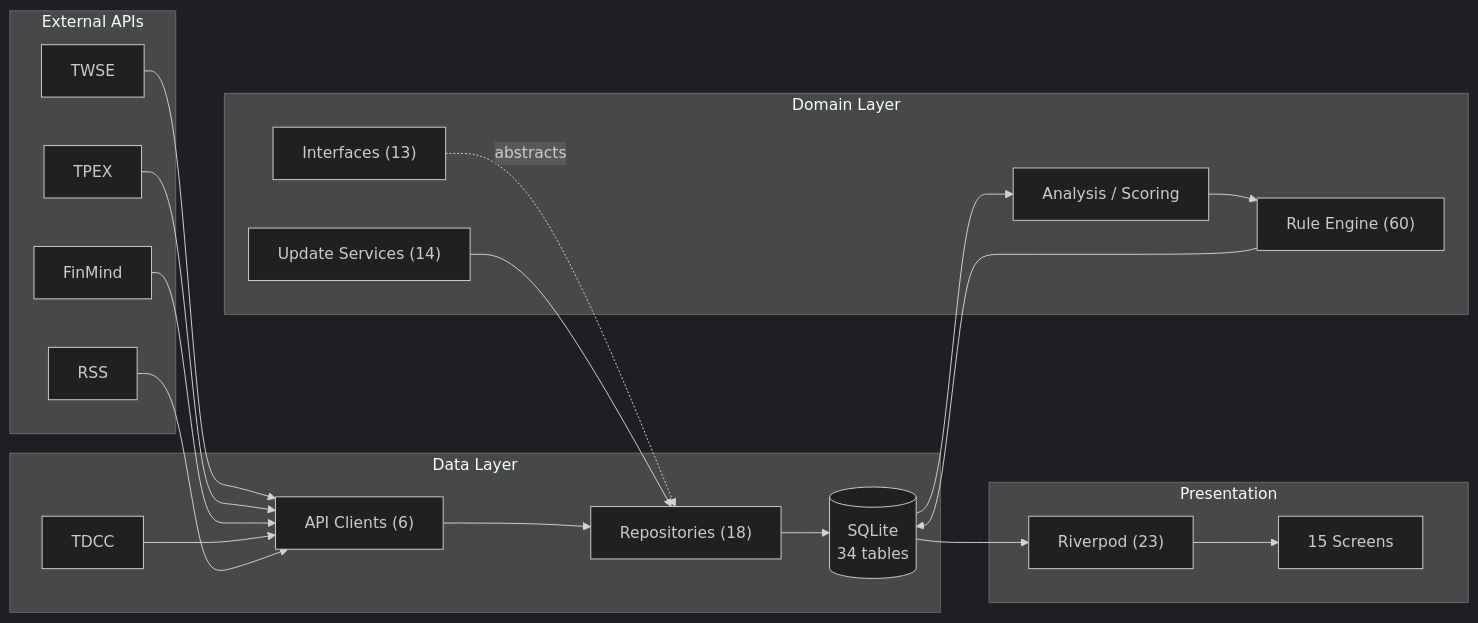
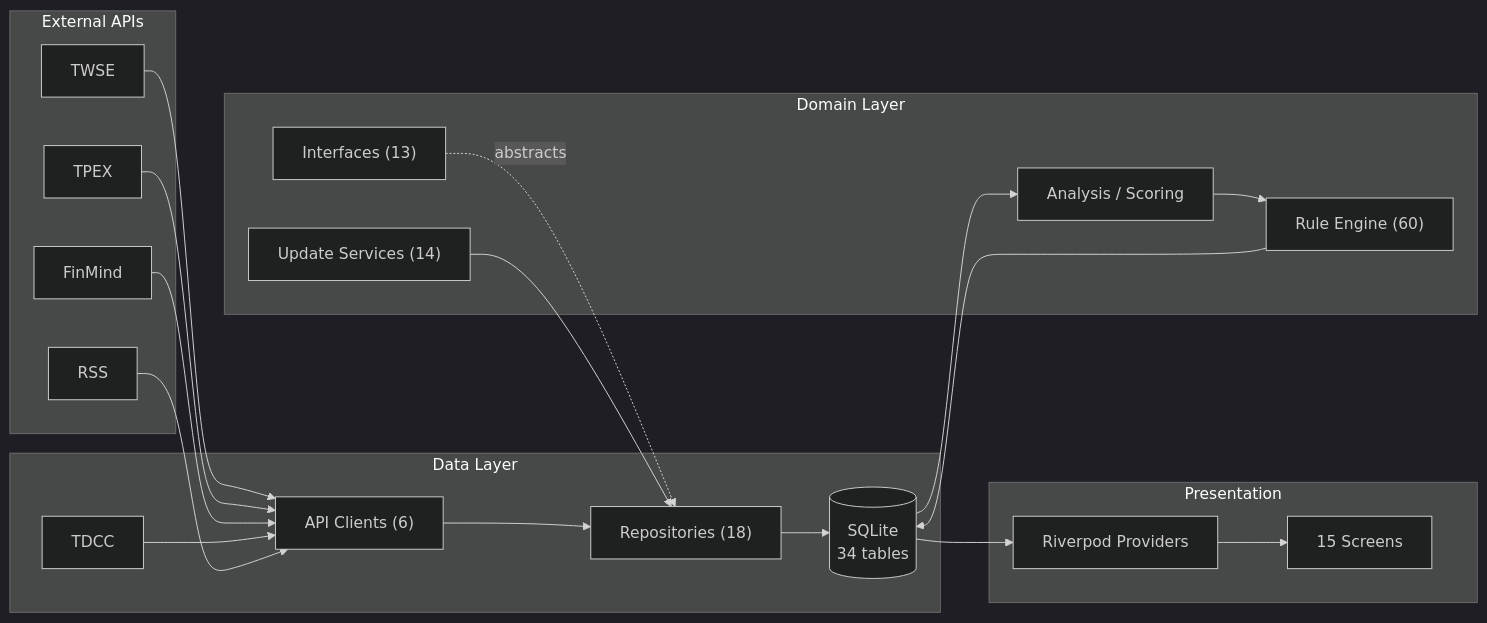
Before and after one commit to Neal75418/afterclose: the first of 2 diagrams in README.md, drawn with Mermaid. The commit also changed other lines of this file and 1 other file, not shown here.

Commit message:
docs: fix provider description — 23 Notifiers → 23 provider files
The providers/ directory has 23 files but only 17 are actual
Notifier classes. The rest are barrel exports, state classes,
type definitions, and plain loader classes.

````diff
--- a/README.md
+++ b/README.md
@@ -90,37 +90,37 @@
 ```mermaid
 %%{init: {'theme': 'dark'}}%%
 flowchart LR
     subgraph External["External APIs"]
         TWSE["TWSE"]
         TPEX["TPEX"]
         FM["FinMind"]
         RSS["RSS"]
     end
 
     subgraph Data["Data Layer"]
         Remote["API Clients (6)"]
         Repo["Repositories (18)"]
         TDCC["TDCC"]
         DB[("SQLite\n34 tables")]
     end
 
     subgraph Domain["Domain Layer"]
         IF["Interfaces (13)"]
         Services["Analysis / Scoring"]
         Rules["Rule Engine (60)"]
         Update["Update Services (14)"]
     end
 
     subgraph Presentation["Presentation"]
-        Provider["Riverpod (23)"]
+        Provider["Riverpod Providers"]
         UI["15 Screens"]
     end
 
     TWSE & TPEX & FM & TDCC & RSS --> Remote
     Remote --> Repo --> DB
     IF -.->|abstracts| Repo
     DB --> Services --> Rules
     Rules --> DB
     Update --> Repo
     DB --> Provider --> UI
 ```
````
